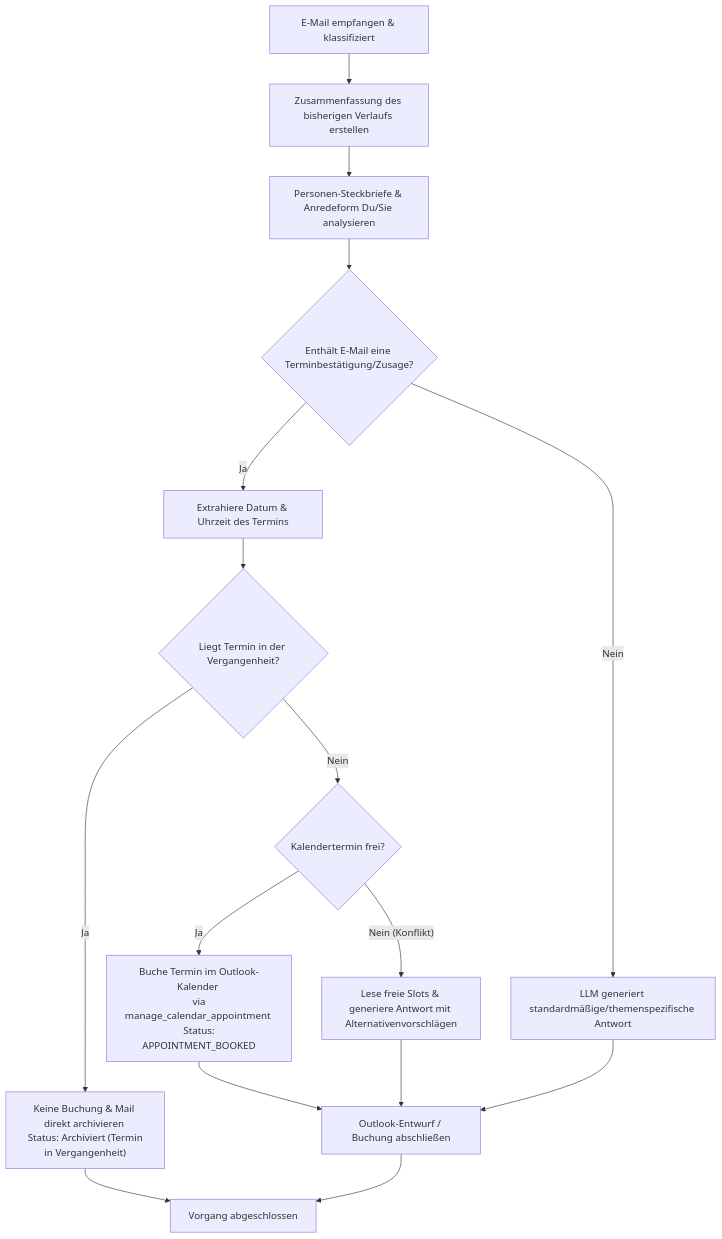
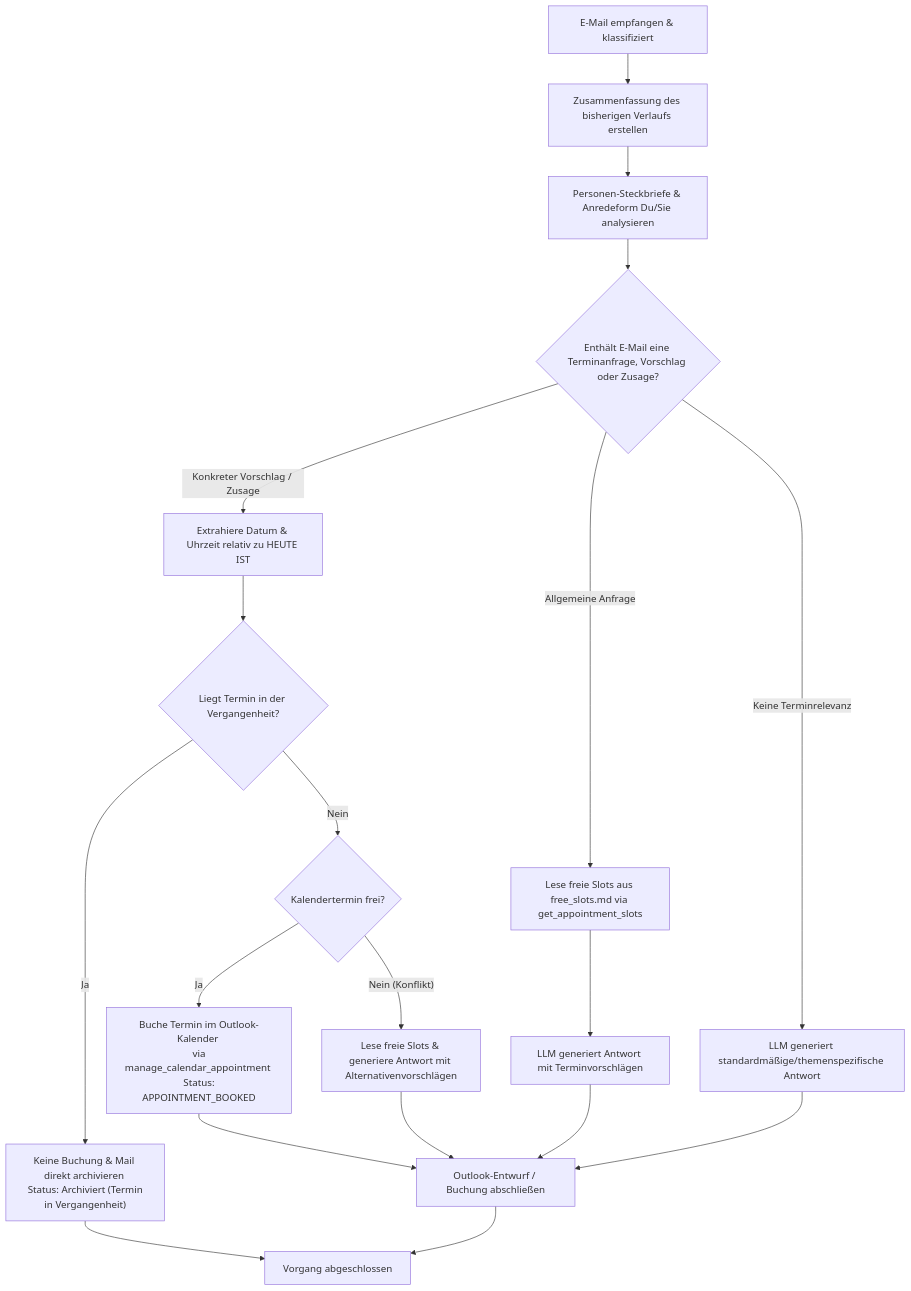
The diagram in docs/de/usage/actions/action-1-antwort-schreiben.md (dgaida/academic-memory-mcp), drawn with Mermaid before and after one commit. The commit also changed other lines of this file and 14 other files, not shown here.

````diff
--- a/docs/de/usage/actions/action-1-antwort-schreiben.md
+++ b/docs/de/usage/actions/action-1-antwort-schreiben.md
@@ -50,21 +61,25 @@
 ```mermaid
 graph TD
     A[E-Mail empfangen & klassifiziert] --> B[Zusammenfassung des bisherigen Verlaufs erstellen]
     B --> C[Personen-Steckbriefe & Anredeform Du/Sie analysieren]
-    C --> D{Enthält E-Mail eine Terminbestätigung/Zusage?}
+    C --> D{Enthält E-Mail eine Terminanfrage, Vorschlag oder Zusage?}
 
-    D -- Ja --> E[Extrahiere Datum & Uhrzeit des Termins]
-    E --> F{Liegt Termin in der Vergangenheit?}
+    D -- Allgemeine Anfrage --> E1[Lese freie Slots aus free_slots.md via get_appointment_slots]
+    E1 --> K[LLM generiert Antwort mit Terminvorschlägen]
+
+    D -- Konkreter Vorschlag / Zusage --> E2[Extrahiere Datum & Uhrzeit relativ zu HEUTE IST]
+    E2 --> F{Liegt Termin in der Vergangenheit?}
     F -- Ja --> G["Keine Buchung & Mail direkt archivieren <br> Status: Archiviert (Termin in Vergangenheit)"]
     F -- Nein --> H{Kalendertermin frei?}
     H -- Ja --> I["Buche Termin im Outlook-Kalender <br> via manage_calendar_appointment <br> Status: APPOINTMENT_BOOKED"]
     H -- Nein (Konflikt) --> J[Lese freie Slots & generiere Antwort mit Alternativenvorschlägen]
 
-    D -- Nein --> K[LLM generiert standardmäßige/themenspezifische Antwort]
+    D -- Keine Terminrelevanz --> L[LLM generiert standardmäßige/themenspezifische Antwort]
 
-    I --> L[Outlook-Entwurf / Buchung abschließen]
-    J --> L
-    K --> L
-    G --> M[Vorgang abgeschlossen]
+    I --> M[Outlook-Entwurf / Buchung abschließen]
+    J --> M
+    K --> M
     L --> M
+    G --> N[Vorgang abgeschlossen]
+    M --> N
 ```
````
